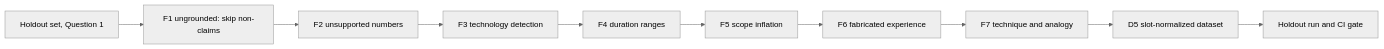
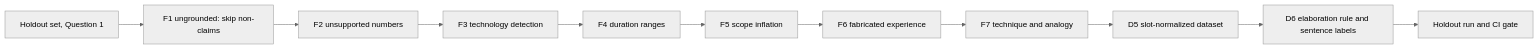
The fifth of 8 diagrams in tasks/todo.md (neoncircuit/job-raider), drawn with Mermaid (neutral theme) before and after one commit. The commit also changed other lines of this file and 2 other files, not shown here.

````diff
--- a/tasks/todo.md
+++ b/tasks/todo.md
@@ -499,12 +499,13 @@
 ```mermaid
 flowchart LR
     H[Holdout set, Question 1] --> F1[F1 ungrounded: skip non-claims]
     F1 --> F2[F2 unsupported numbers]
     F2 --> F3[F3 technology detection]
     F3 --> F4[F4 duration ranges]
     F4 --> F5[F5 scope inflation]
     F5 --> F6[F6 fabricated experience]
     F6 --> F7[F7 technique and analogy]
     F7 --> D5[D5 slot-normalized dataset]
-    D5 --> R[Holdout run and CI gate]
+    D5 --> D6[D6 elaboration rule and sentence labels]
+    D6 --> R[Holdout run and CI gate]
 ```
````
